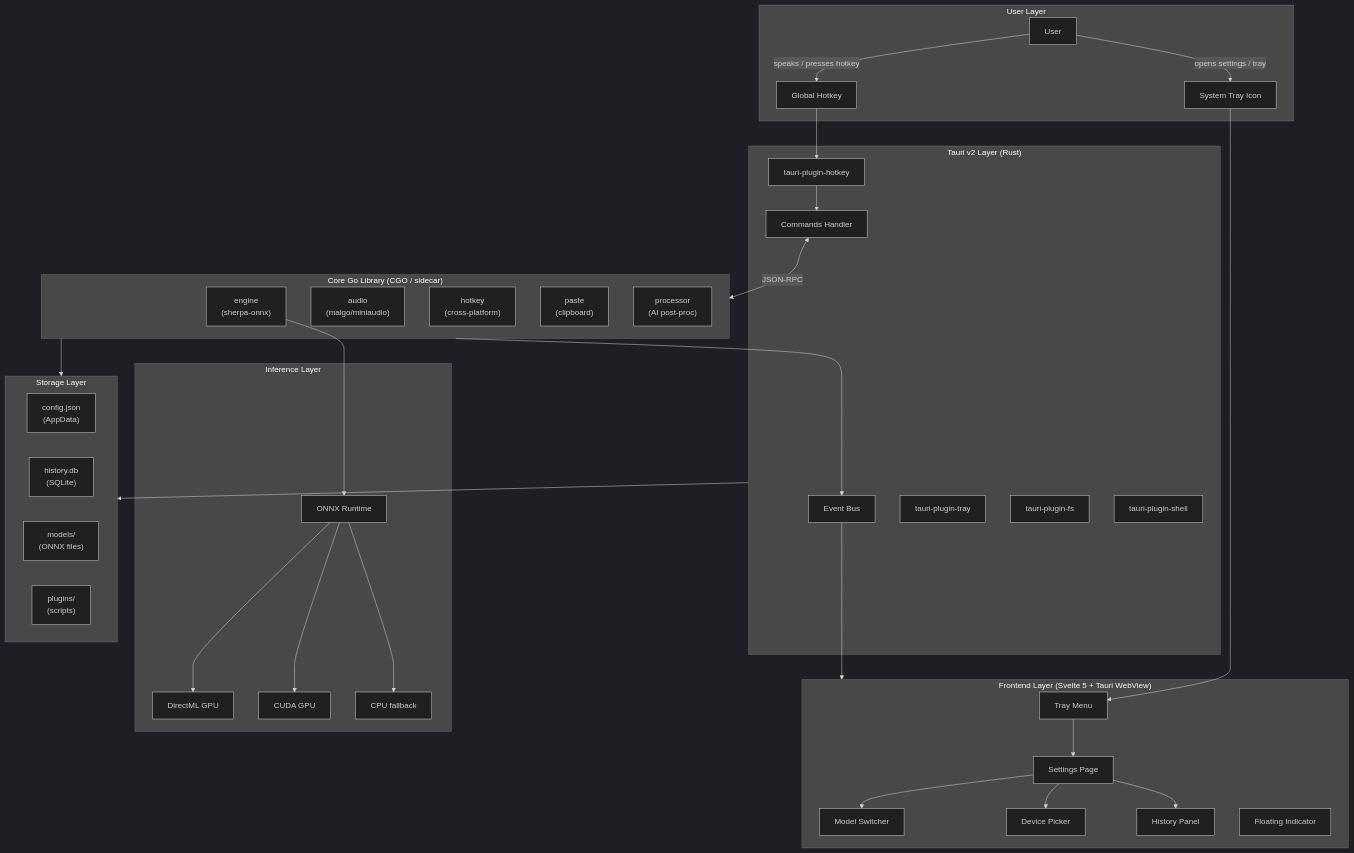
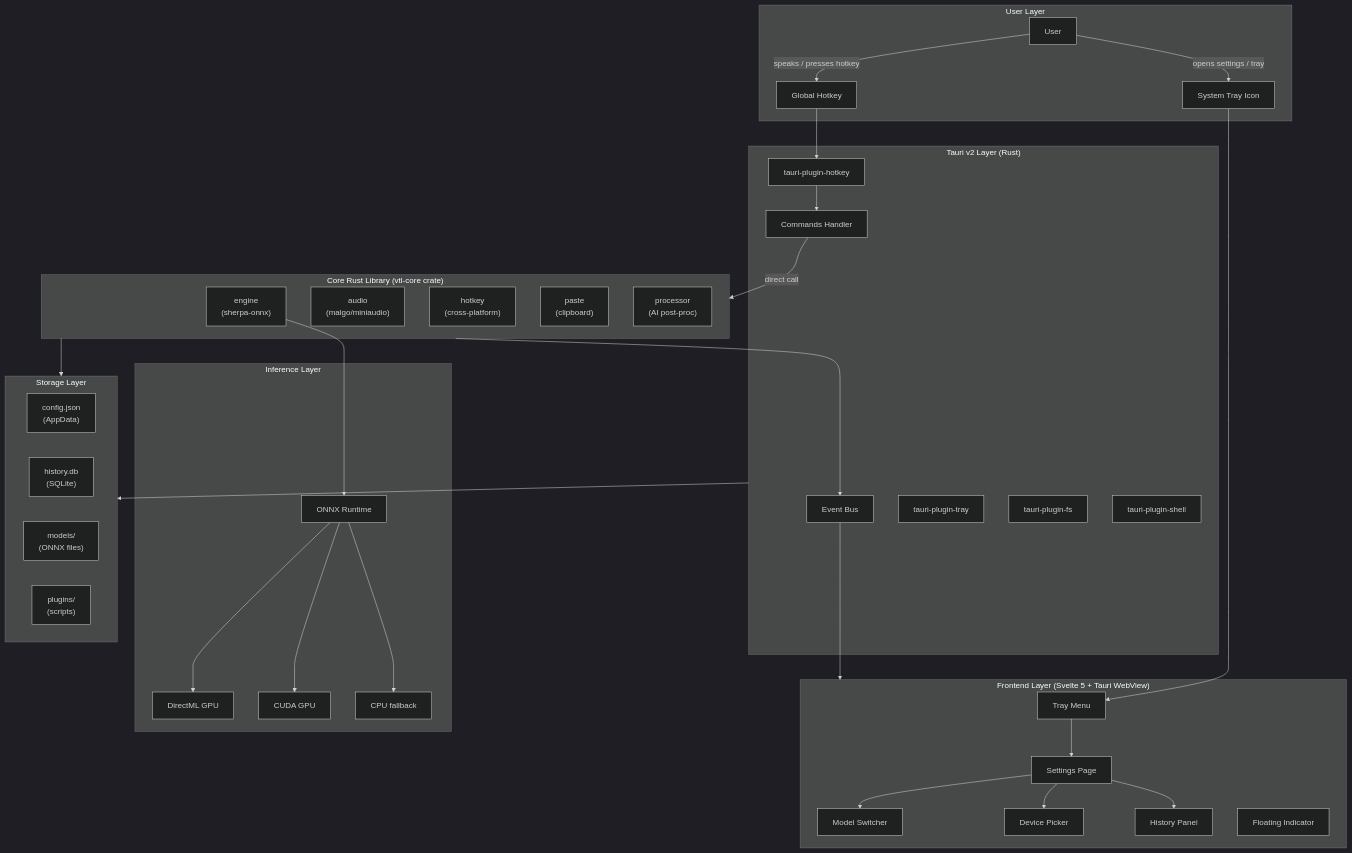
The first of 4 diagrams in docs/architecture.md (stevenke1981/Voice-typeless), drawn with Mermaid (dark theme) before and after one commit. The commit also changed other lines of this file and 7 other files, not shown here.

````diff
--- a/docs/architecture.md
+++ b/docs/architecture.md
@@ -32,59 +32,59 @@
 ```mermaid
 graph TB
     subgraph UserLayer["User Layer"]
         U[User] -->|"speaks / presses hotkey"| HK[Global Hotkey]
         U -->|"opens settings / tray"| TI[System Tray Icon]
     end
 
     subgraph FrontendLayer["Frontend Layer (Svelte 5 + Tauri WebView)"]
         TI --> TrayMenu[Tray Menu]
         TrayMenu --> SettingsUI[Settings Page]
         SettingsUI --> ModelSwitcher[Model Switcher]
         SettingsUI --> DevicePicker[Device Picker]
         SettingsUI --> HistoryPanel[History Panel]
         FloatingIndicator[Floating Indicator]
     end
 
     subgraph TauriLayer["Tauri v2 Layer (Rust)"]
         CMD[Commands Handler]
         EVT[Event Bus]
         PluginHotkey[tauri-plugin-hotkey]
         PluginTray[tauri-plugin-tray]
         PluginFS[tauri-plugin-fs]
         PluginShell[tauri-plugin-shell]
     end
 
-    subgraph CoreLayer["Core Go Library (CGO / sidecar)"]
+    subgraph CoreLayer["Core Rust Library (vtl-core crate)"]
         AudioMod["audio\n(malgo/miniaudio)"]
         EngineMod["engine\n(sherpa-onnx)"]
         HotkeyMod["hotkey\n(cross-platform)"]
         PasteMod["paste\n(clipboard)"]
         ProcessorMod["processor\n(AI post-proc)"]
     end
 
     subgraph InferenceLayer["Inference Layer"]
         ONNX[ONNX Runtime]
         DirectML[DirectML GPU]
         CUDA[CUDA GPU]
         CPU[CPU fallback]
         ONNX --> DirectML
         ONNX --> CUDA
         ONNX --> CPU
     end
 
     subgraph StorageLayer["Storage Layer"]
         ConfigFile["config.json\n(AppData)"]
         HistoryDB["history.db\n(SQLite)"]
         ModelsDir["models/\n(ONNX files)"]
         PluginsDir["plugins/\n(scripts)"]
     end
 
     HK --> PluginHotkey
     PluginHotkey --> CMD
-    CMD <-->|"JSON-RPC"| CoreLayer
+    CMD -->|"direct call"| CoreLayer
     EVT --> FrontendLayer
     CoreLayer --> EVT
     EngineMod --> ONNX
     CoreLayer --> StorageLayer
     TauriLayer --> StorageLayer
 ```
````
